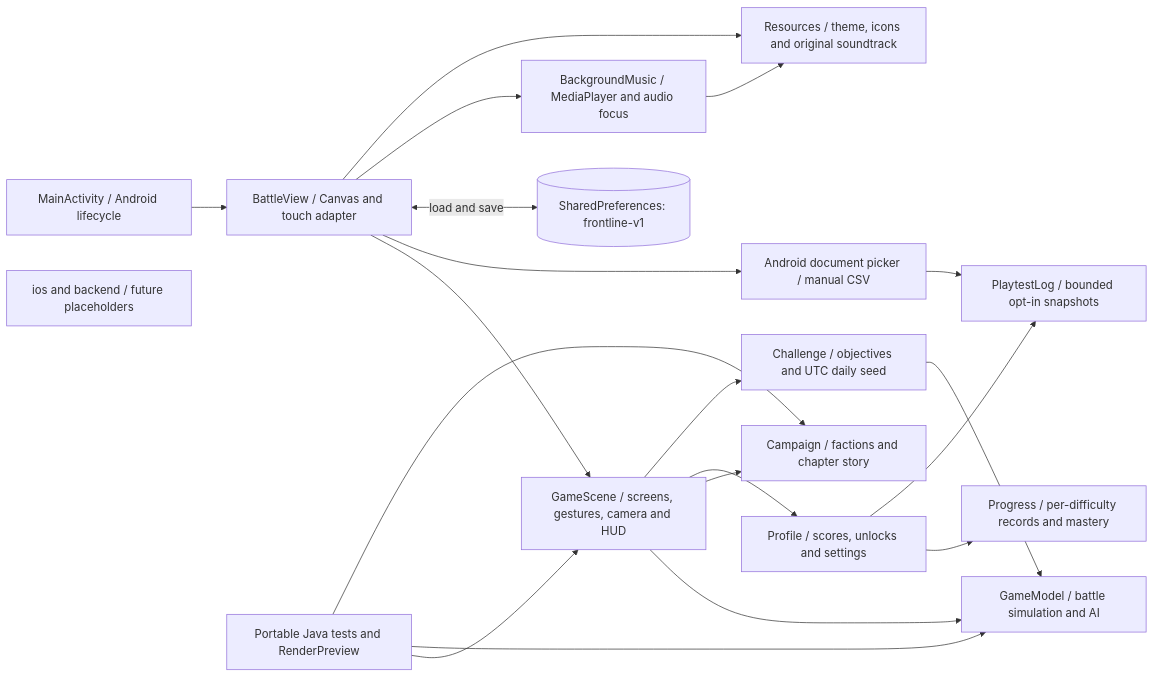
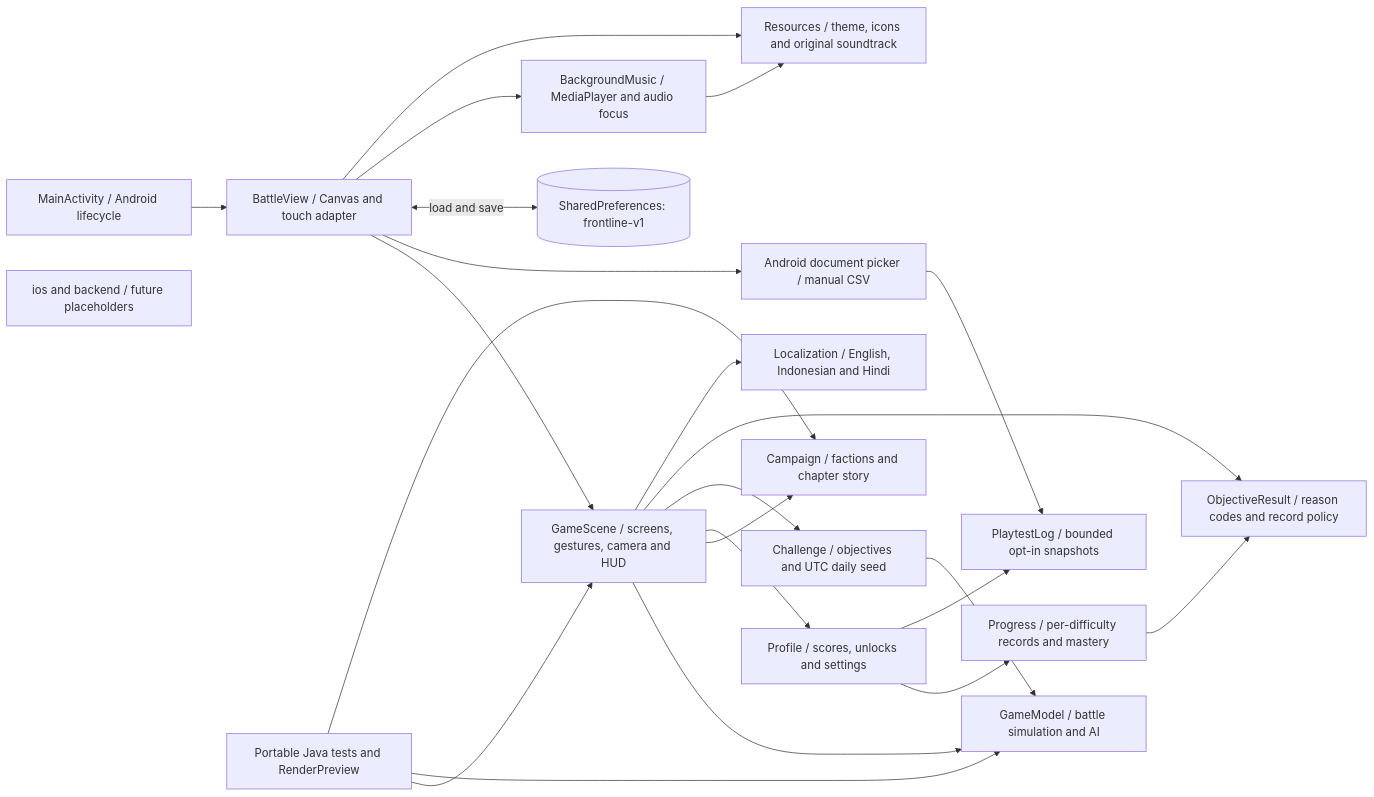
The first of 3 diagrams in docs/architecture.md (rohitashmathur/Frontline), drawn with Mermaid before and after one commit. The commit also changed other lines of this file and 33 other files, not shown here.

````diff
--- a/docs/architecture.md
+++ b/docs/architecture.md
@@ -7,37 +7,42 @@
 ```mermaid
 flowchart LR
     Activity[MainActivity / Android lifecycle]
     View[BattleView / Canvas and touch adapter]
     Scene[GameScene / screens, gestures, camera and HUD]
     Model[GameModel / battle simulation and AI]
     Campaign[Campaign / factions and chapter story]
     Profile[Profile / scores, unlocks and settings]
     Progress[Progress / per-difficulty records and mastery]
     Challenges[Challenge / objectives and UTC daily seed]
+    Objective[ObjectiveResult / reason codes and record policy]
+    Locale[Localization / English, Indonesian and Hindi]
     Log[PlaytestLog / bounded opt-in snapshots]
     Export[Android document picker / manual CSV]
     Storage[(SharedPreferences: frontline-v1)]
     Music[BackgroundMusic / MediaPlayer and audio focus]
     Assets[Resources / theme, icons and original soundtrack]
     Tests[Portable Java tests and RenderPreview]
     Future[ios and backend / future placeholders]
 
     Activity --> View
     View --> Scene
     Scene --> Model
     Scene --> Campaign
     Scene --> Profile
     Profile --> Progress
     Profile --> Log
     Scene --> Challenges
+    Scene --> Objective
+    Scene --> Locale
+    Progress --> Objective
     Challenges --> Model
     View --> Export
     Export --> Log
     View <-->|load and save| Storage
     View --> Music
     Music --> Assets
     View --> Assets
     Tests --> Scene
     Tests --> Model
     Tests --> Campaign
 ```
````
